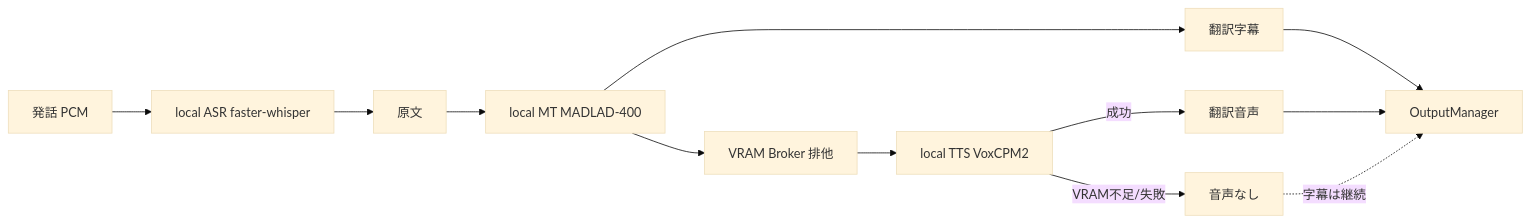
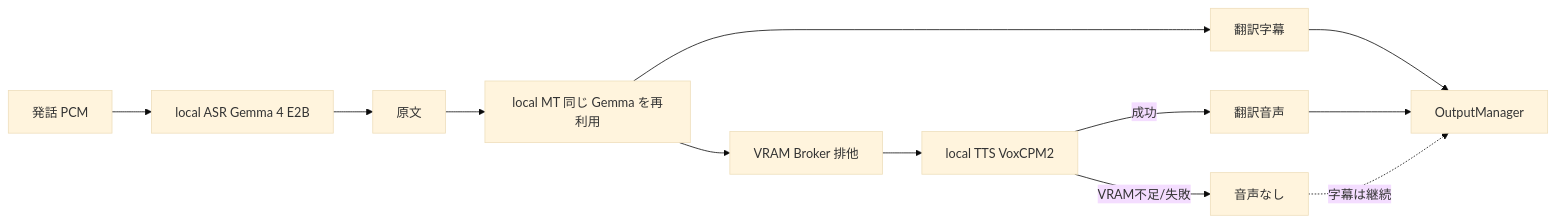
Before and after one commit to liushuang393/apps: the fourth of 4 diagrams in language-aware-conferencing-system/sonowa/README.md, drawn with Mermaid (base theme). The commit also changed other lines of this file and 95 other files, not shown here.

````diff
--- a/language-aware-conferencing-system/sonowa/README.md
+++ b/language-aware-conferencing-system/sonowa/README.md
@@ -174,14 +179,14 @@
 ```mermaid
 flowchart LR
-  pcm[発話 PCM] --> asr[local ASR faster-whisper]
+  pcm[発話 PCM] --> asr[local ASR Gemma 4 E2B]
   asr --> text[原文]
-  text --> mt[local MT MADLAD-400]
+  text --> mt[local MT 同じ Gemma を再利用]
   mt --> sub[翻訳字幕]
   mt --> broker[VRAM Broker 排他]
   broker --> tts[local TTS VoxCPM2]
   tts -->|成功| ta[翻訳音声]
   tts -->|VRAM不足/失敗| none[音声なし]
   sub --> om[OutputManager]
   ta --> om
   none -.->|字幕は継続| om
 ```
````
